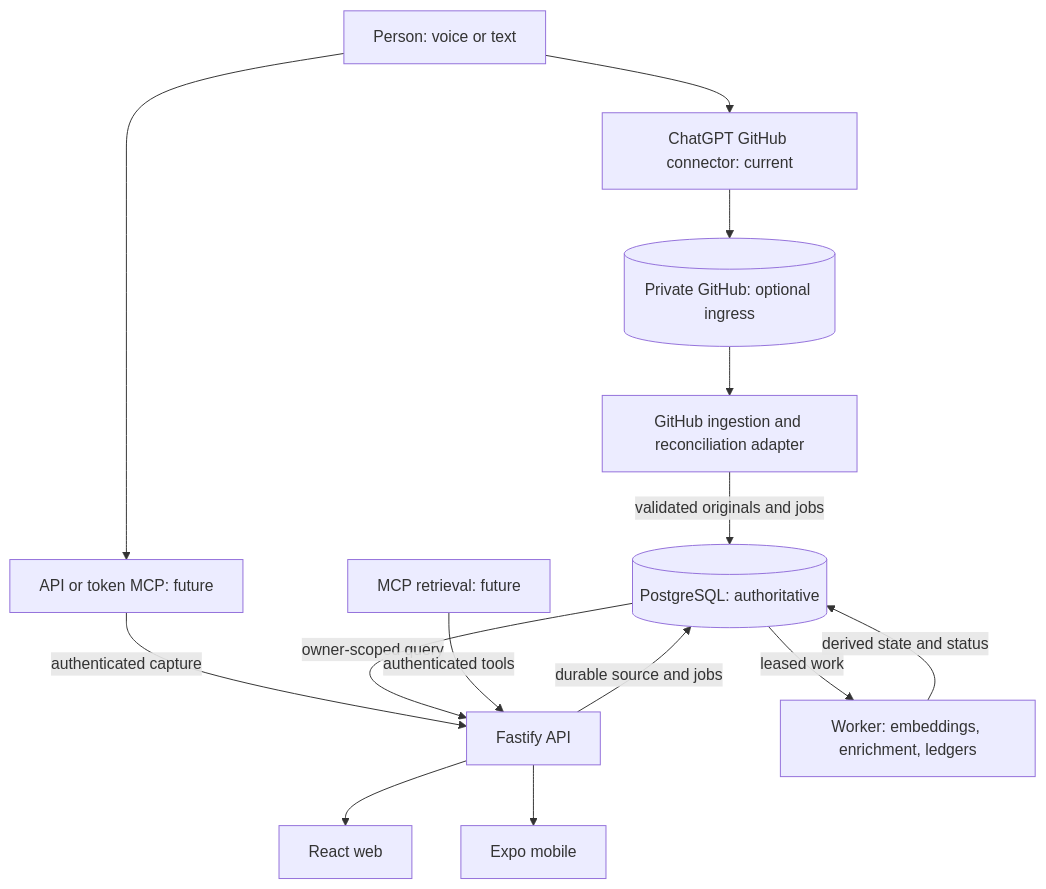
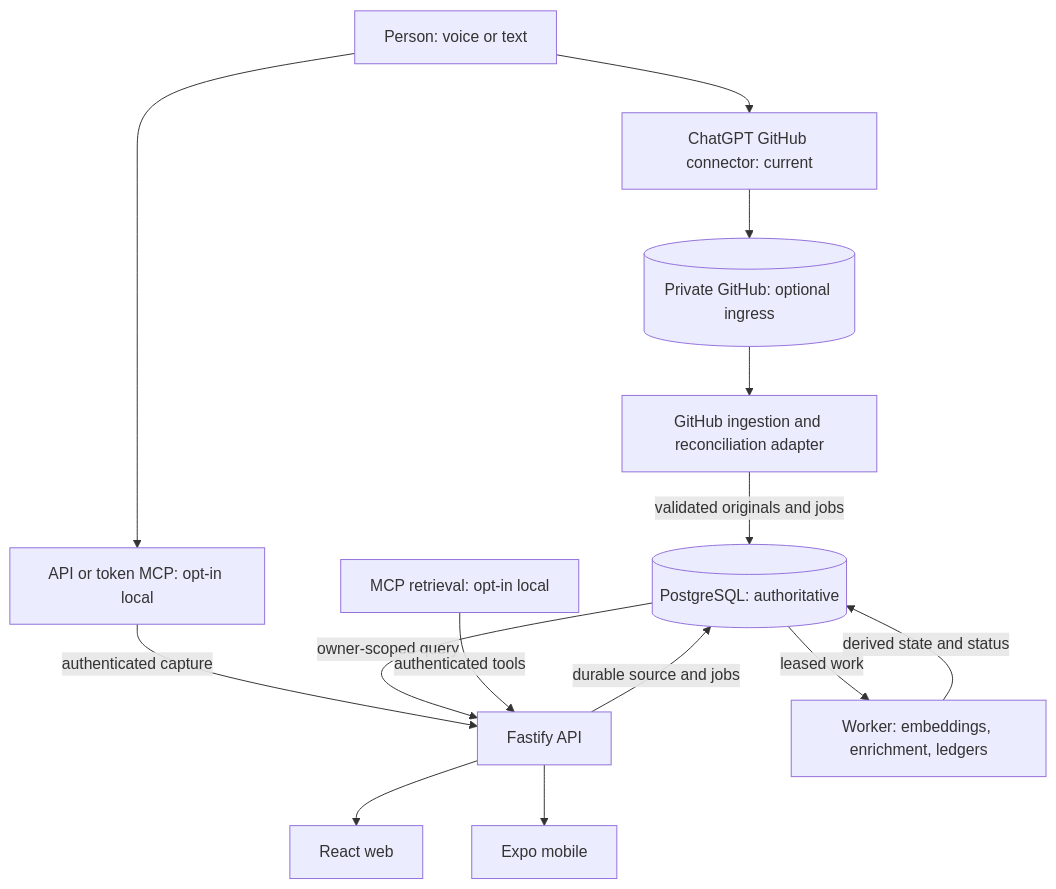
Before and after one commit to vokerg/personal_context_engine: the diagram in docs/02-architecture.md, drawn with Mermaid. The commit also changed other lines of this file and 26 other files, not shown here.

First line of the commit message:
Add same-login OAuth, MCP tools and local operation docs (#77)

````diff
--- a/docs/02-architecture.md
+++ b/docs/02-architecture.md
@@ -7,16 +7,16 @@
 ```mermaid
 flowchart TD
   U[Person: voice or text] --> G[ChatGPT GitHub connector: current]
-  U --> M[API or token MCP: future]
+  U --> M[API or token MCP: opt-in local]
   G --> C[(Private GitHub: optional ingress)]
   C --> I[GitHub ingestion and reconciliation adapter]
   I -->|validated originals and jobs| DB[(PostgreSQL: authoritative)]
   M -->|authenticated capture| API[Fastify API]
   API -->|durable source and jobs| DB
   DB -->|leased work| W[Worker: embeddings, enrichment, ledgers]
   W -->|derived state and status| DB
   DB -->|owner-scoped query| API
   API --> WEB[React web]
   API --> MOB[Expo mobile]
-  MCP[MCP retrieval: future] -->|authenticated tools| API
+  MCP[MCP retrieval: opt-in local] -->|authenticated tools| API
 ```
````
